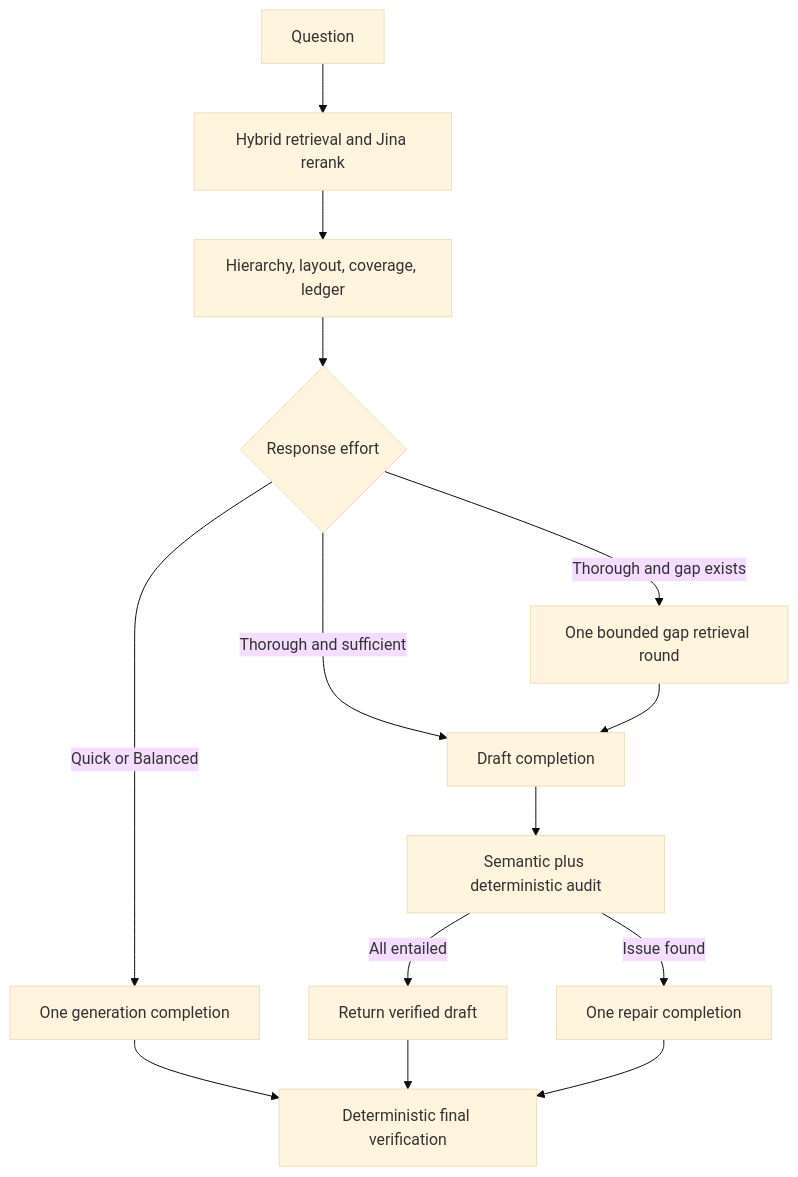
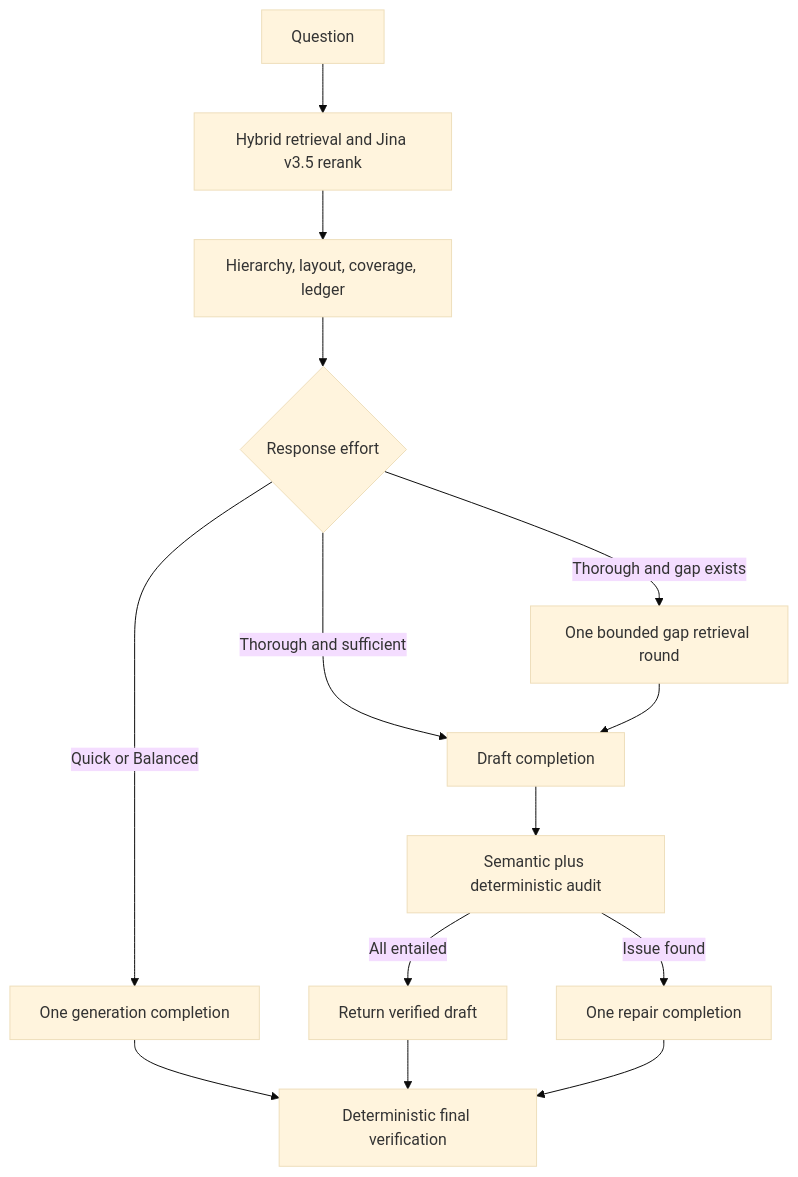
The diagram in docs/rag/architecture.md (DeSitterUniverse/Cephalon), drawn with Mermaid (base theme) before and after one commit. The commit also changed other lines of this file and 34 other files, not shown here.

First line of the commit message:
retrieval: use EmbeddingGemma 2 Q8 and Jina v3.5

````diff
--- a/docs/rag/architecture.md
+++ b/docs/rag/architecture.md
@@ -13,16 +13,16 @@
 ```mermaid
 flowchart TD
-  Q[Question] --> H[Hybrid retrieval and Jina rerank]
+  Q[Question] --> H[Hybrid retrieval and Jina v3.5 rerank]
   H --> C[Hierarchy, layout, coverage, ledger]
   C --> E{Response effort}
   E -->|Quick or Balanced| G[One generation completion]
   E -->|Thorough and gap exists| R[One bounded gap retrieval round]
   E -->|Thorough and sufficient| D[Draft completion]
   R --> D
   D --> V[Semantic plus deterministic audit]
   V -->|All entailed| O[Return verified draft]
   V -->|Issue found| P[One repair completion]
   G --> F[Deterministic final verification]
   O --> F
   P --> F
 ```
````
